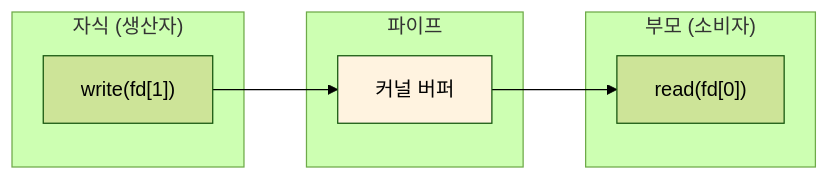
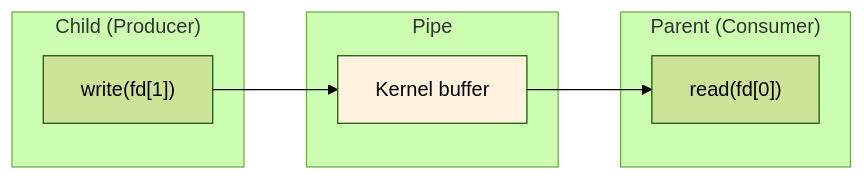
The fifth of 7 diagrams in W02_Process-1/Concepts-Lab.md (Choroning/26Spring_Operating-Systems), drawn with Mermaid (forest theme) before and after one commit. The commit also changed other lines of this file and 22 other files, not shown here.

````diff
--- a/W02_Process-1/Concepts-Lab.md
+++ b/W02_Process-1/Concepts-Lab.md
@@ -140,14 +140,14 @@
 ```mermaid
 graph LR
-    subgraph "자식 (생산자)"
+    subgraph "Child (Producer)"
         CW["write(fd[1])"]
     end
-    subgraph "파이프"
-        BUF["커널 버퍼"]
+    subgraph "Pipe"
+        BUF["Kernel buffer"]
     end
-    subgraph "부모 (소비자)"
+    subgraph "Parent (Consumer)"
         PR["read(fd[0])"]
     end
     CW --> BUF --> PR
     style BUF fill:#fff3e0
 ```
````
